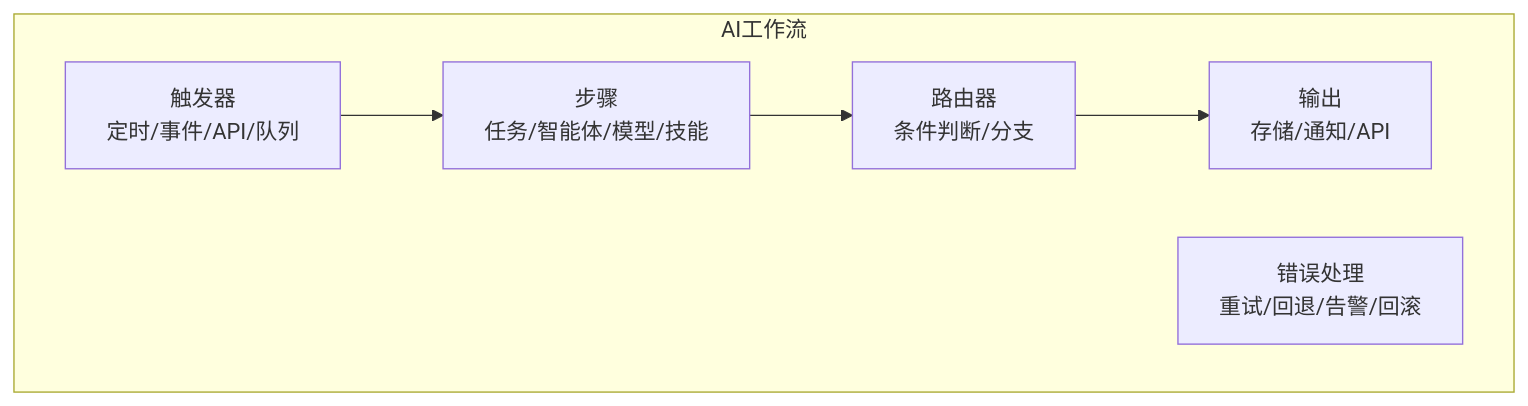
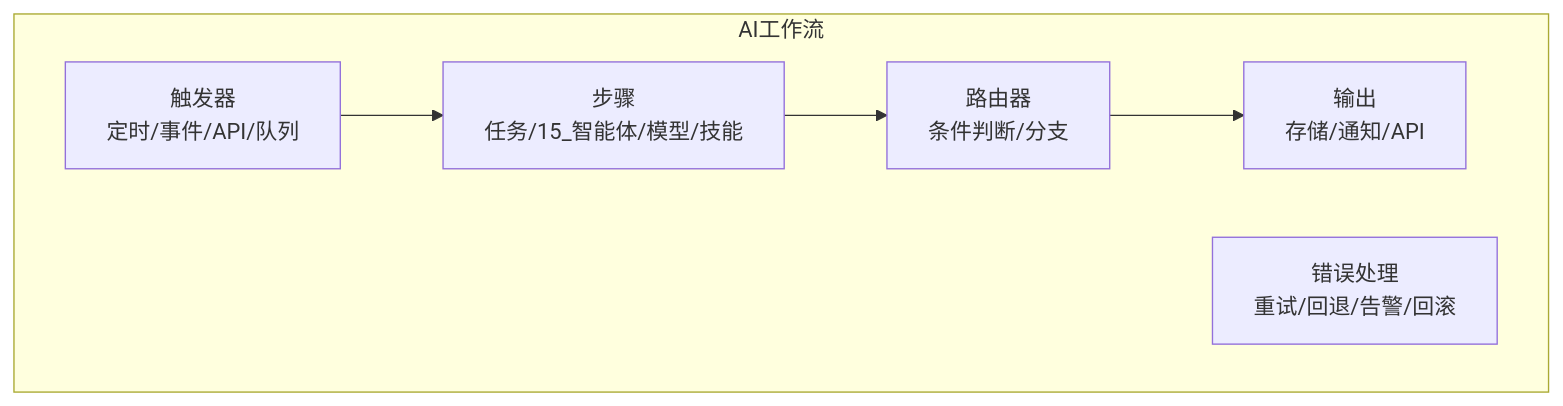
The second of 17 diagrams in 15_智能体/03_Agent_Workflow/Workflow-in-nutshell.md (CloudManHQ/CloudMaster), drawn with Mermaid before and after one commit. The commit also changed other lines of this file and 2204 other files, not shown here.

````diff
--- a/15_智能体/03_Agent_Workflow/Workflow-in-nutshell.md
+++ b/15_智能体/03_Agent_Workflow/Workflow-in-nutshell.md
@@ -55,10 +55,10 @@
 ```mermaid
 flowchart TB
     subgraph AI工作流
-        Trigger[触发器<br/>定时/事件/API/队列] --> Steps[步骤<br/>任务/智能体/模型/技能]
+        Trigger[触发器<br/>定时/事件/API/队列] --> Steps[步骤<br/>任务/15_智能体/模型/技能]
         Steps --> Router[路由器<br/>条件判断/分支]
         Router --> Output[输出<br/>存储/通知/API]
         
         ErrorHandler[错误处理<br/>重试/回退/告警/回滚]
     end
 ```
````
